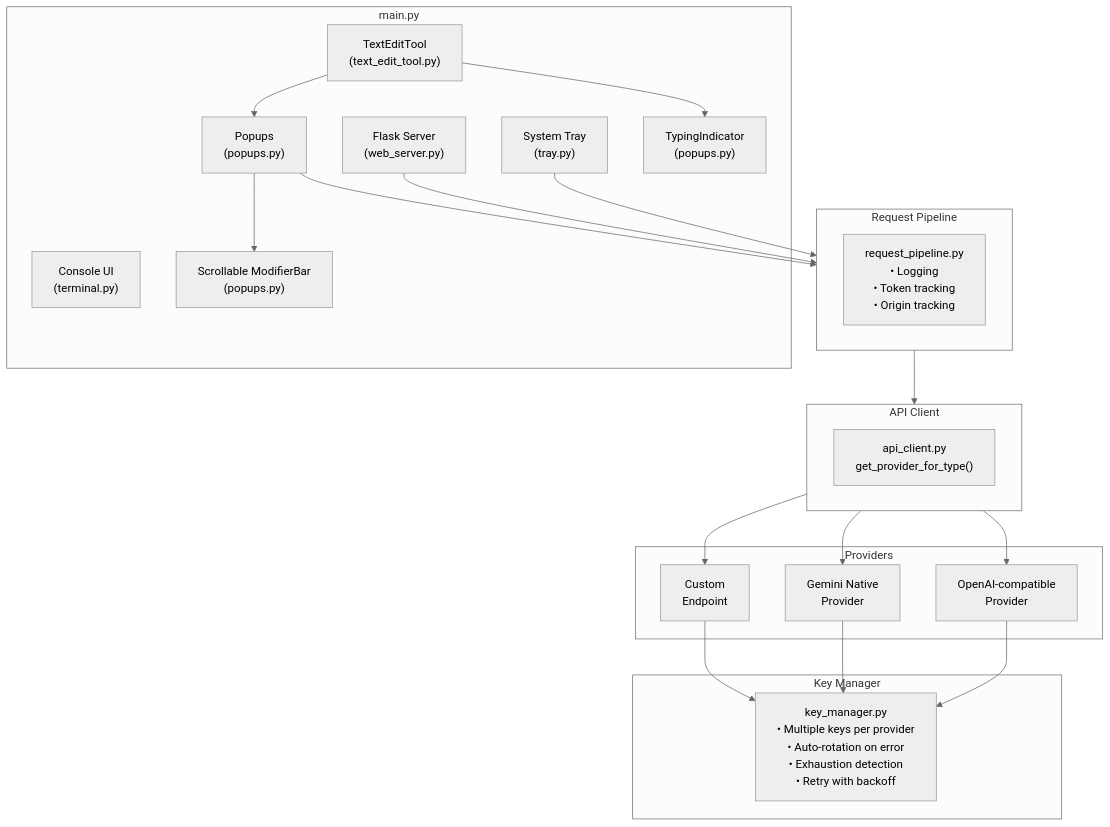
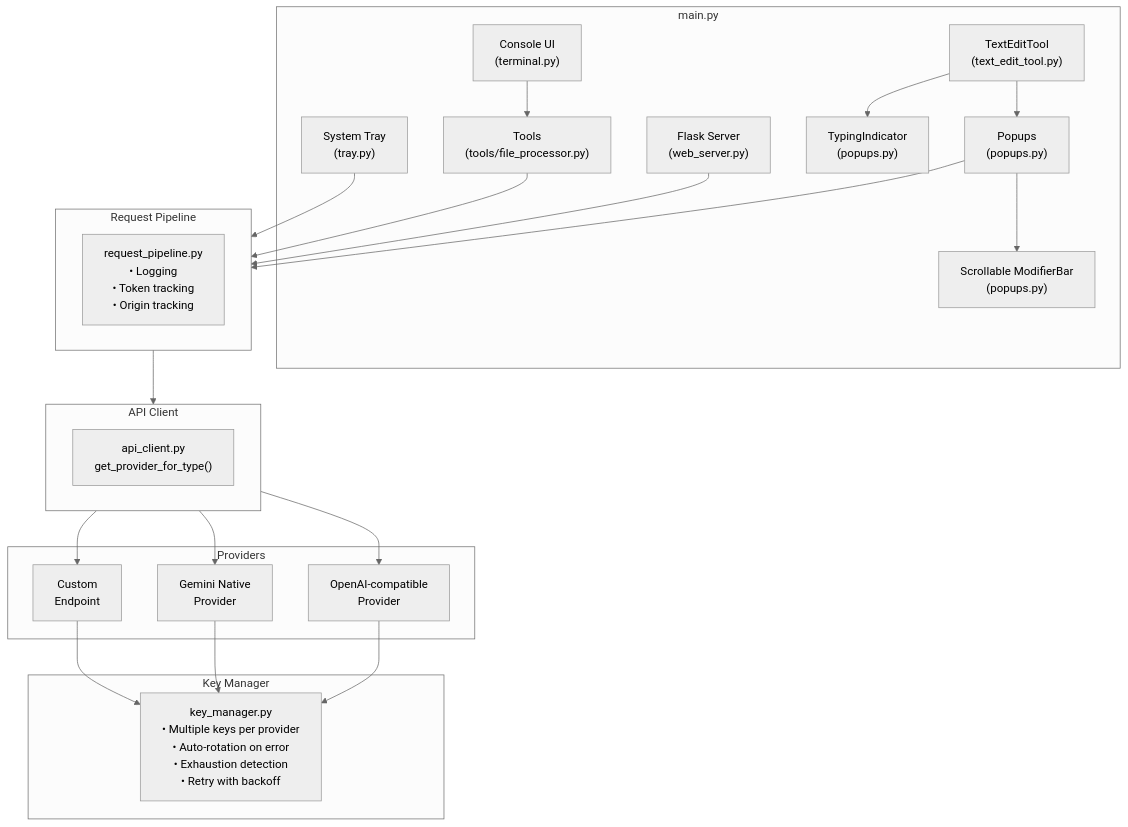
One commit to zaxx-q/AI-Bridge changed the first of 2 diagrams in docs/ARCHITECTURE.md. Above: the diagram before and after it, drawn with Mermaid (neutral theme). The commit also changed other lines of this file and 4 other files, not shown here.

````diff
--- a/docs/ARCHITECTURE.md
+++ b/docs/ARCHITECTURE.md
@@ -20,44 +21,47 @@
 ```mermaid
 flowchart TB
     subgraph Main["main.py"]
         Tray["System Tray<br/>(tray.py)"]
         Console["Console UI<br/>(terminal.py)"]
+        Tools["Tools<br/>(tools/file_processor.py)"]
         Flask["Flask Server<br/>(web_server.py)"]
         TET["TextEditTool<br/>(text_edit_tool.py)"]
         Popups["Popups<br/>(popups.py)"]
         Modifiers["Scrollable ModifierBar<br/>(popups.py)"]
         TypingInd["TypingIndicator<br/>(popups.py)"]
     end
     
     subgraph Pipeline["Request Pipeline"]
         RP["request_pipeline.py<br/>• Logging<br/>• Token tracking<br/>• Origin tracking"]
     end
     
     subgraph APIClient["API Client"]
         AC["api_client.py<br/>get_provider_for_type()"]
     end
     
     subgraph Providers["Providers"]
         OAI["OpenAI-compatible<br/>Provider"]
         Gemini["Gemini Native<br/>Provider"]
         Custom["Custom<br/>Endpoint"]
     end
     
     subgraph KeyMgr["Key Manager"]
         KM["key_manager.py<br/>• Multiple keys per provider<br/>• Auto-rotation on error<br/>• Exhaustion detection<br/>• Retry with backoff"]
     end
     
     Tray --> Pipeline
     Flask --> Pipeline
+    Console --> Tools
+    Tools --> Pipeline
     TET --> Popups
     Popups --> Modifiers
     TET --> TypingInd
     Popups --> Pipeline
     Pipeline --> APIClient
     APIClient --> OAI
     APIClient --> Gemini
     APIClient --> Custom
     OAI --> KM
     Gemini --> KM
     Custom --> KM
 ```
````
